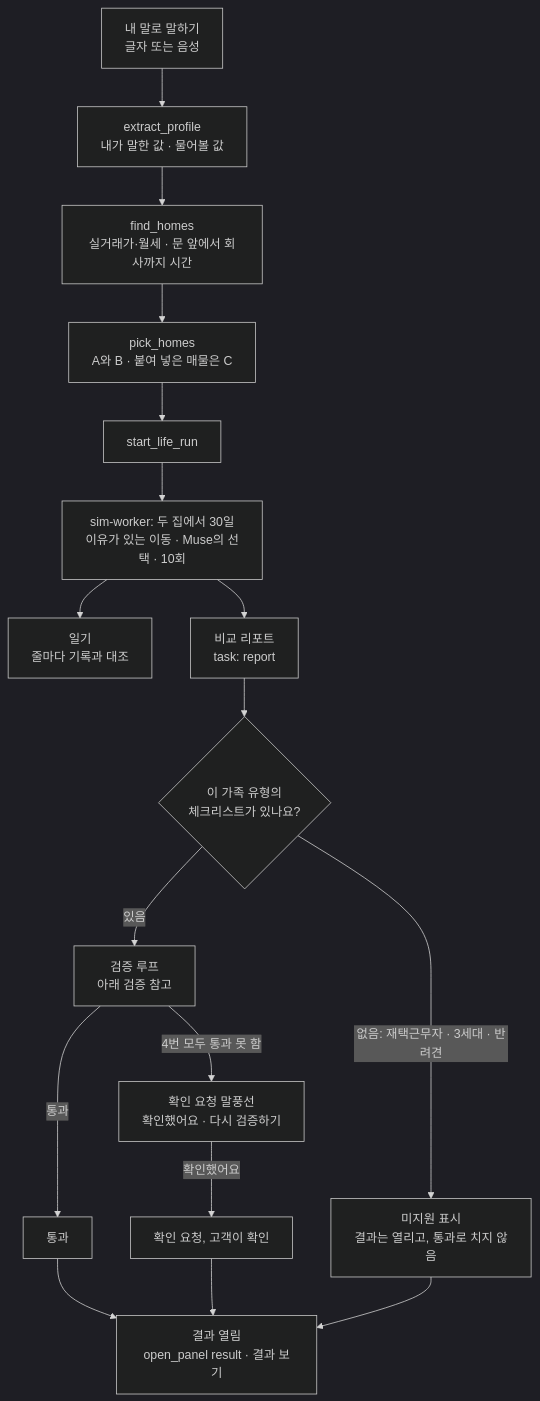
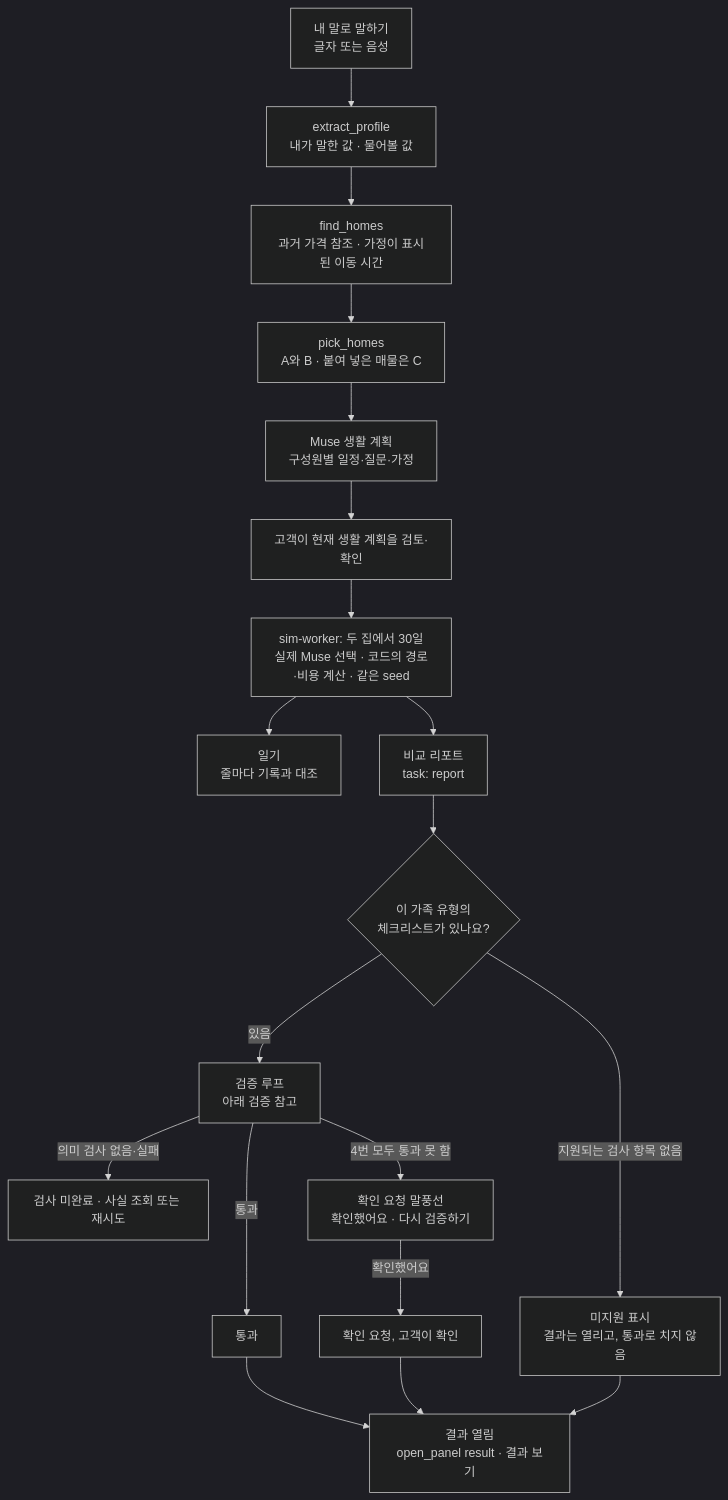
The third of 3 diagrams in docs/architecture.ko.md (halo-sw/ithaca), drawn with Mermaid (dark theme) before and after one commit. The commit also changed other lines of this file and 8 other files, not shown here.

Commit message:
docs: align the final demo with one reviewed Muse run and separate family evidence

````diff
--- a/docs/architecture.ko.md
+++ b/docs/architecture.ko.md
@@ -118,19 +130,21 @@
 ```mermaid
 flowchart TD
   A["내 말로 말하기<br/>글자 또는 음성"] --> B["extract_profile<br/>내가 말한 값 · 물어볼 값"]
-  B --> C["find_homes<br/>실거래가·월세 · 문 앞에서 회사까지 시간"]
+  B --> C["find_homes<br/>과거 가격 참조 · 가정이 표시된 이동 시간"]
   C --> D["pick_homes<br/>A와 B · 붙여 넣은 매물은 C"]
-  D --> E["start_life_run"]
-  E --> F["sim-worker: 두 집에서 30일<br/>이유가 있는 이동 · Muse의 선택 · 10회"]
+  D --> E["Muse 생활 계획<br/>구성원별 일정·질문·가정"]
+  E --> REVIEW["고객이 현재 생활 계획을 검토·확인"]
+  REVIEW --> F["sim-worker: 두 집에서 30일<br/>실제 Muse 선택 · 코드의 경로·비용 계산 · 같은 seed"]
   F --> G["일기<br/>줄마다 기록과 대조"]
   F --> H["비교 리포트<br/>task: report"]
   H --> I{"이 가족 유형의<br/>체크리스트가 있나요?"}
-  I -- "없음: 재택근무자 · 3세대 · 반려견" --> UN["미지원 표시<br/>결과는 열리고, 통과로 치지 않음"]
+  I -- "지원되는 검사 항목 없음" --> UN["미지원 표시<br/>결과는 열리고, 통과로 치지 않음"]
   I -- 있음 --> J["검증 루프<br/>아래 검증 참고"]
   J -- 통과 --> P["통과"]
+  J -- "의미 검사 없음·실패" --> UV["검사 미완료 · 사실 조회 또는 재시도"]
   J -- "4번 모두 통과 못 함" --> Q["확인 요청 말풍선<br/>확인했어요 · 다시 검증하기"]
   Q -- "확인했어요" --> P2["확인 요청, 고객이 확인"]
   P --> R["결과 열림<br/>open_panel result · 결과 보기"]
   P2 --> R
   UN --> R
 ```
````
